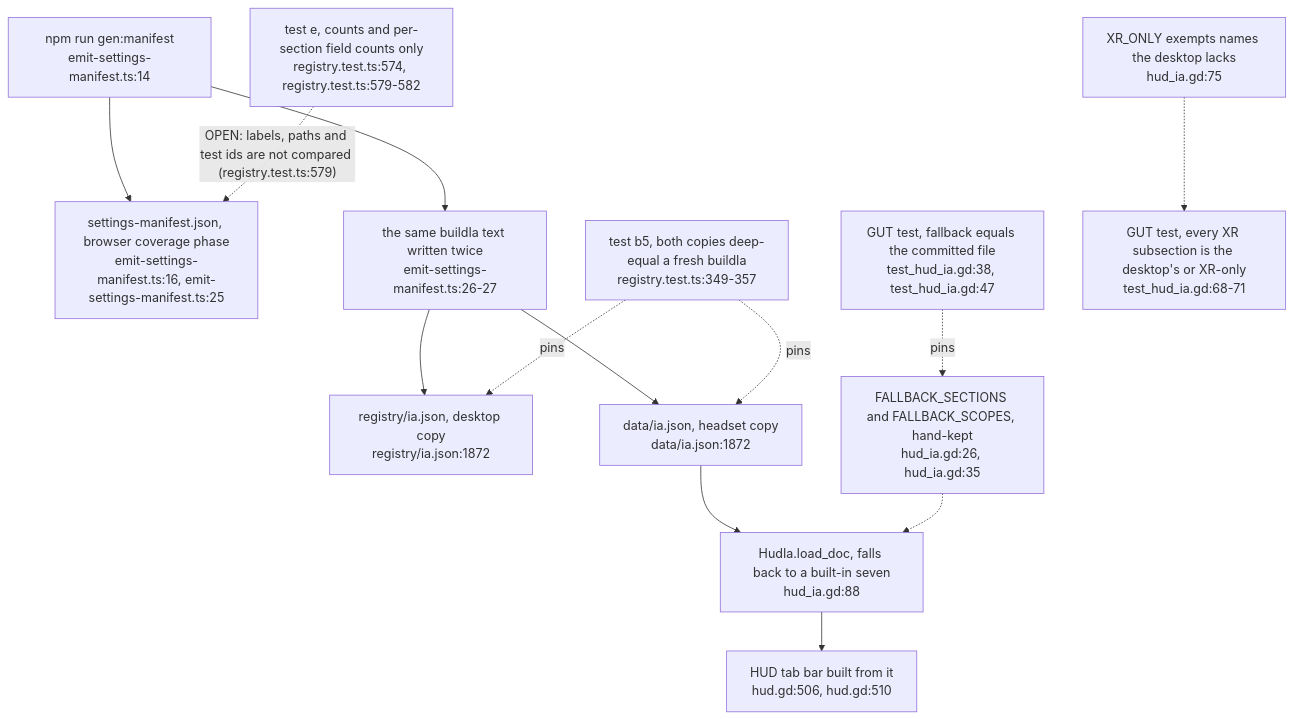
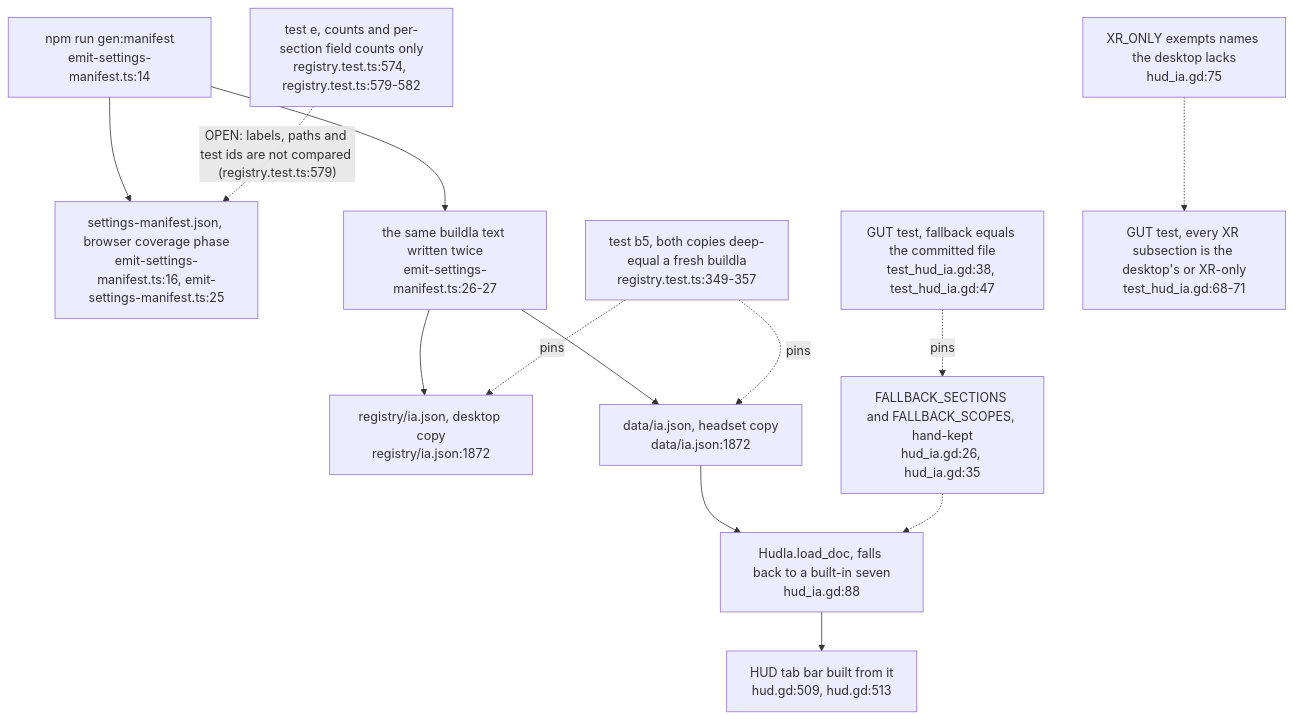
The third of 12 diagrams in docs/diagrams/visionclaw/57-control-centre-ia-and-drawer.md (DreamLab-AI/VisionFlow), drawn with Mermaid before and after one commit. The commit also changed other lines of this file and 24 other files, not shown here.

Commit message:
docs: align XR liveness, filtering and rendering diagrams (#33)

````diff
--- a/docs/diagrams/visionclaw/57-control-centre-ia-and-drawer.md
+++ b/docs/diagrams/visionclaw/57-control-centre-ia-and-drawer.md
@@ -131,15 +131,15 @@
 ```mermaid
 flowchart TB
     EM["npm run gen:manifest<br/>emit-settings-manifest.ts:14"] --> MAN["settings-manifest.json, browser coverage phase<br/>emit-settings-manifest.ts:16, emit-settings-manifest.ts:25"]
     EM --> IAW["the same buildIa text written twice<br/>emit-settings-manifest.ts:26-27"]
     IAW --> C1["registry/ia.json, desktop copy<br/>registry/ia.json:1872"]
     IAW --> C2["data/ia.json, headset copy<br/>data/ia.json:1872"]
     B5["test b5, both copies deep-equal a fresh buildIa<br/>registry.test.ts:349-357"] -.->|pins| C1
     B5 -.->|pins| C2
     TE["test e, counts and per-section field counts only<br/>registry.test.ts:574, registry.test.ts:579-582"] -.->|"OPEN: labels, paths and test ids are not compared (registry.test.ts:579)"| MAN
     C2 --> LD["HudIa.load_doc, falls back to a built-in seven<br/>hud_ia.gd:88"]
-    LD --> HUD["HUD tab bar built from it<br/>hud.gd:506, hud.gd:510"]
+    LD --> HUD["HUD tab bar built from it<br/>hud.gd:509, hud.gd:513"]
     FB["FALLBACK_SECTIONS and FALLBACK_SCOPES, hand-kept<br/>hud_ia.gd:26, hud_ia.gd:35"] -.-> LD
     GUT["GUT test, fallback equals the committed file<br/>test_hud_ia.gd:38, test_hud_ia.gd:47"] -.->|pins| FB
     XO["XR_ONLY exempts names the desktop lacks<br/>hud_ia.gd:75"] -.-> GUT2["GUT test, every XR subsection is the desktop's or XR-only<br/>test_hud_ia.gd:68-71"]
 ```
````
